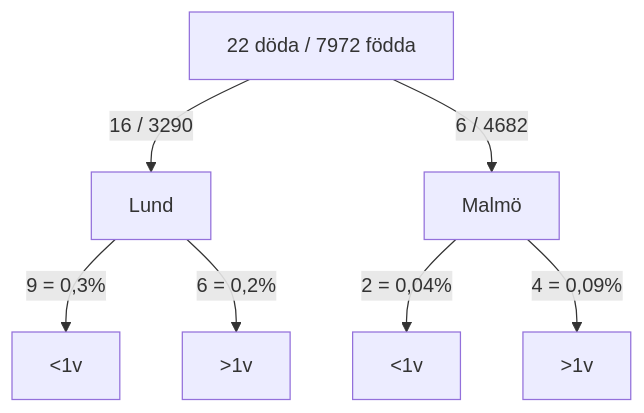
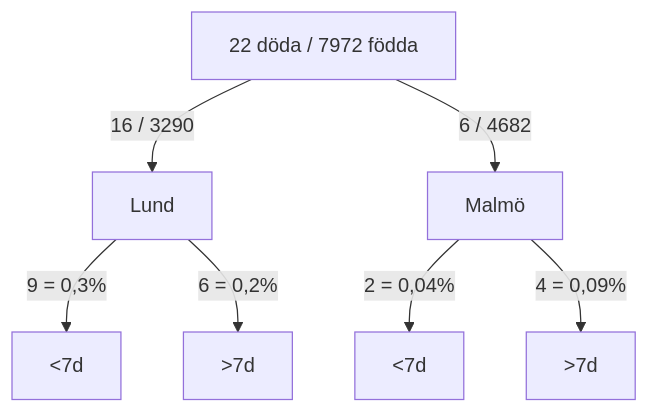
One commit to jsandblom/d22 changed the second of 7 diagrams in slides.md. Above: the diagram before and after it, drawn with Mermaid. The commit also changed other lines of this file, not shown here.

````diff
--- a/slides.md
+++ b/slides.md
@@ -60,9 +60,9 @@
 ```mermaid
 flowchart TD
     A[22 döda / 7972 födda] -->|16 / 3290| B[Lund]
     A -->|6 / 4682| C[Malmö]
-    B -->|9 = 0,3%| F[<1v]
-    B -->|6 = 0,2%| G[>1v]
-    C -->|2 = 0,04%| D[<1v]
-    C -->|4 = 0,09%| E[>1v]
+    B -->|9 = 0,3%| F[<7d]
+    B -->|6 = 0,2%| G[>7d]
+    C -->|2 = 0,04%| D[<7d]
+    C -->|4 = 0,09%| E[>7d]
 ```
````
